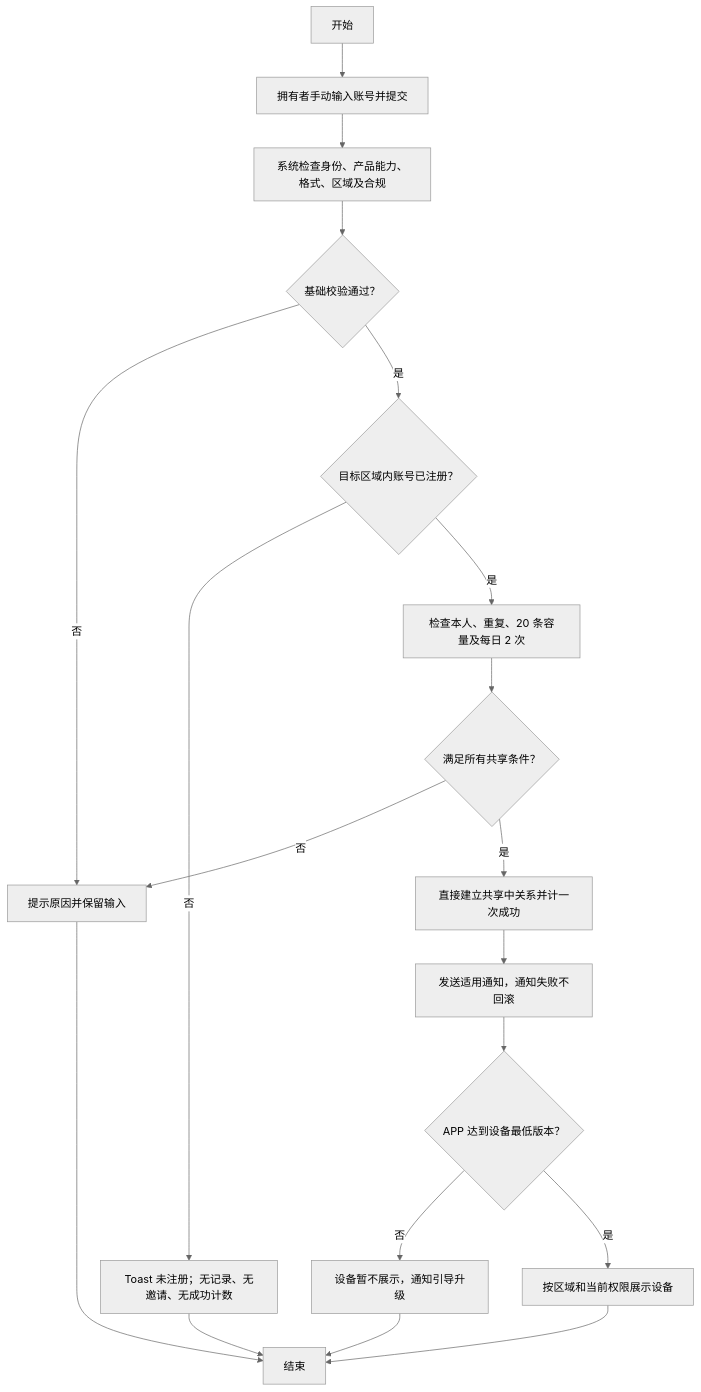
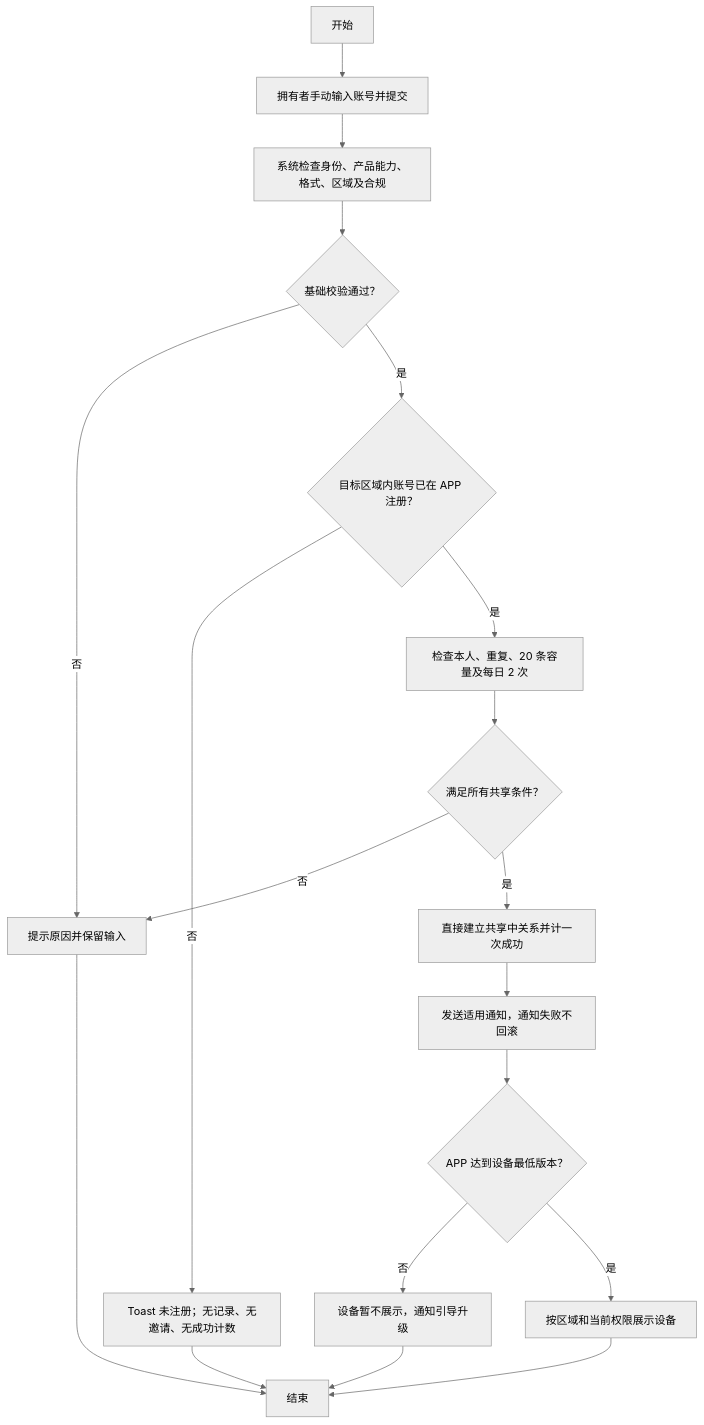
Before and after one commit to HawZZ/root-interactivable-prototype: the second of 2 diagrams in prototypes/device-sharing-phase-2/prd.md, drawn with Mermaid (neutral theme). The commit also changed other lines of this file and 4 other files, not shown here.

````diff
--- a/prototypes/device-sharing-phase-2/prd.md
+++ b/prototypes/device-sharing-phase-2/prd.md
@@ -120,21 +120,21 @@
 ```mermaid
 flowchart TD
   A["开始"] --> B["拥有者手动输入账号并提交"]
   B --> C["系统检查身份、产品能力、格式、区域及合规"]
   C --> D{"基础校验通过？"}
   D -- 否 --> X["提示原因并保留输入"]
-  D -- 是 --> E{"目标区域内账号已注册？"}
+  D -- 是 --> E{"目标区域内账号已在 APP 注册？"}
   E -- 否 --> F["Toast 未注册；无记录、无邀请、无成功计数"]
   E -- 是 --> G["检查本人、重复、20 条容量及每日 2 次"]
   G --> H{"满足所有共享条件？"}
   H -- 否 --> X
   H -- 是 --> I["直接建立共享中关系并计一次成功"]
   I --> J["发送适用通知，通知失败不回滚"]
   J --> K{"APP 达到设备最低版本？"}
   K -- 否 --> L["设备暂不展示，通知引导升级"]
   K -- 是 --> M["按区域和当前权限展示设备"]
   L --> Z["结束"]
   M --> Z
   X --> Z
   F --> Z
 ```
````
